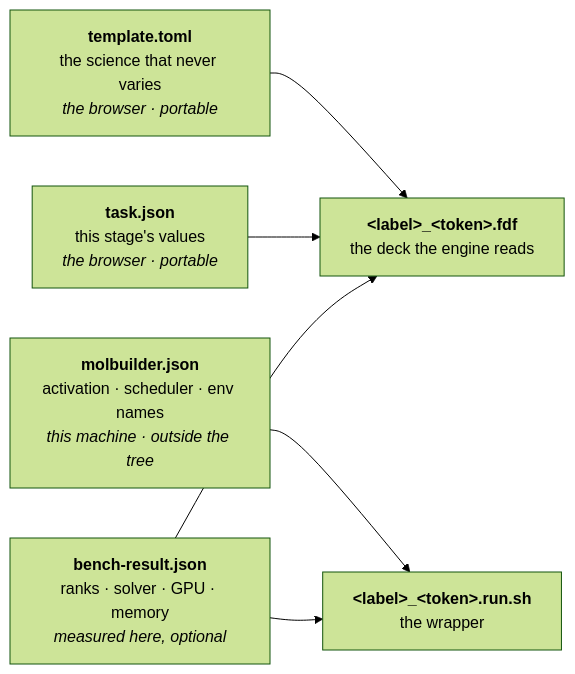
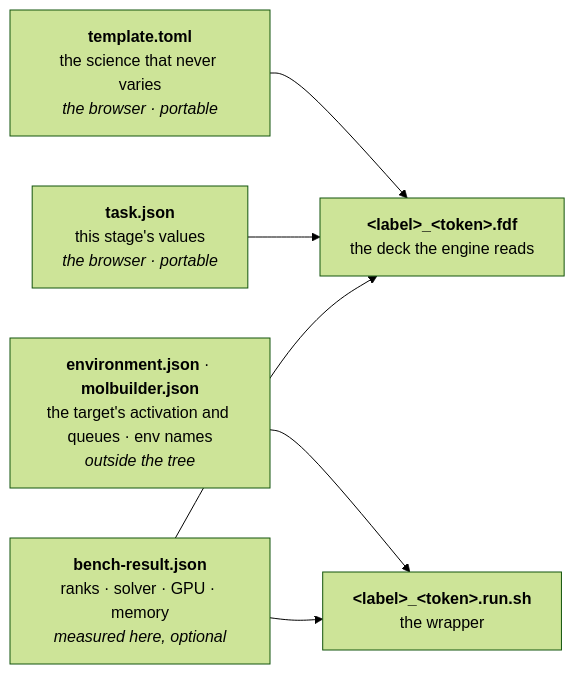
The fifth of 10 diagrams in docs/execution/project-layout.md (Qing-LAB/molbuilder), drawn with Mermaid (forest theme) before and after one commit. The commit also changed other lines of this file and 118 other files, not shown here.

````diff
--- a/docs/execution/project-layout.md
+++ b/docs/execution/project-layout.md
@@ -1024,14 +1025,14 @@
 ```mermaid
 flowchart LR
     T["<b>template.toml</b><br/>the science that never varies<br/><i>the browser · portable</i>"]
     S["<b>task.json</b><br/>this stage's values<br/><i>the browser · portable</i>"]
-    M["<b>molbuilder.json</b><br/>activation · scheduler · env names<br/><i>this machine · outside the tree</i>"]
+    M["<b>environment.json</b> · <b>molbuilder.json</b><br/>the target's activation and queues · env names<br/><i>outside the tree</i>"]
     B["<b>bench-result.json</b><br/>ranks · solver · GPU · memory<br/><i>measured here, optional</i>"]
     D["<b>&lt;label&gt;_&lt;token&gt;.fdf</b><br/>the deck the engine reads"]
     W["<b>&lt;label&gt;_&lt;token&gt;.run.sh</b><br/>the wrapper"]
     T --> D
     S --> D
     M --> W
     B --> D
     B --> W
 ```
````
